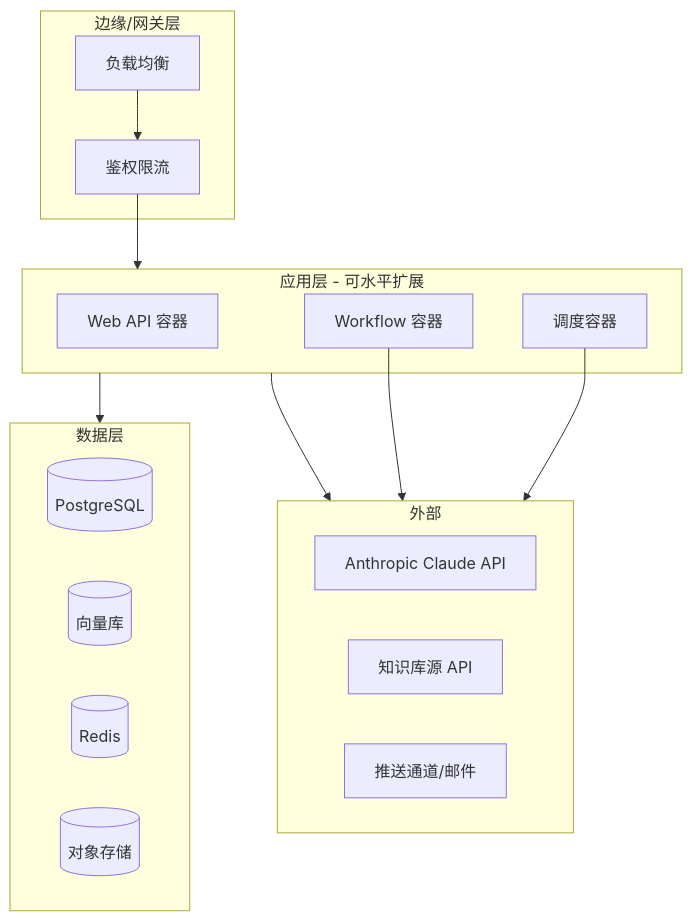
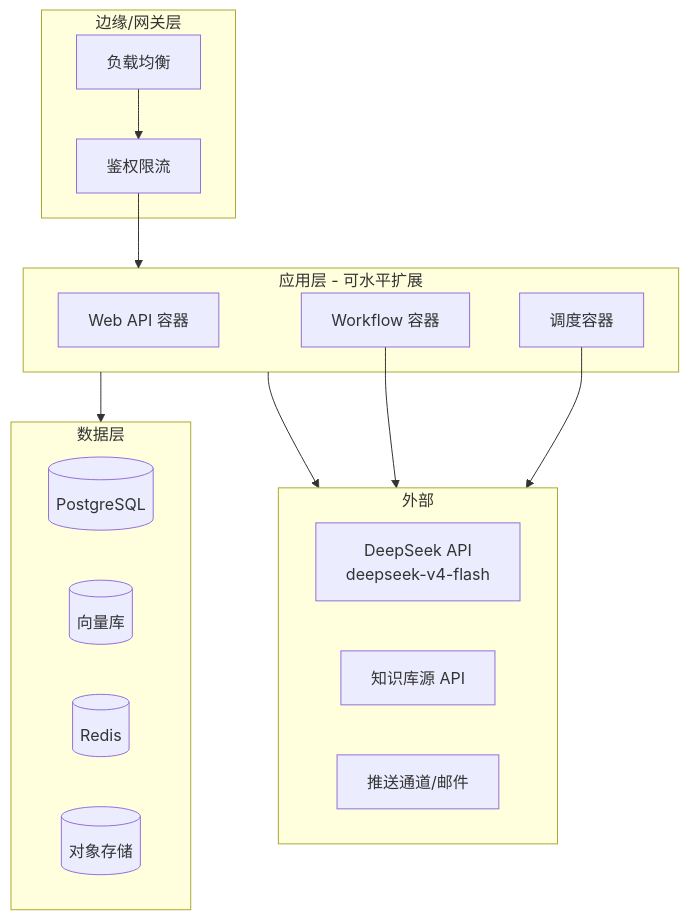
Before and after one commit to Curtainorange/knowledge-agent: the ninth of 9 diagrams in docs/系统设计文档.md, drawn with Mermaid. The commit also changed other lines of this file and 5 other files, not shown here.

First line of the commit message:
docs: 文档统一切换为国产 DeepSeek（deepseek-v4-flash + 每请求 reasoning 开关）

````diff
--- a/docs/系统设计文档.md
+++ b/docs/系统设计文档.md
@@ -1192,28 +1192,28 @@
 ```mermaid
 flowchart TB
     subgraph Edge[边缘/网关层]
         LB[负载均衡]
         Auth[鉴权限流]
     end
     subgraph App[应用层 - 可水平扩展]
         API[Web API 容器]
         Work[Workflow 容器]
         Sched[调度容器]
     end
     subgraph Data[数据层]
         PG[(PostgreSQL)]
         VDB[(向量库)]
         RD[(Redis)]
         OBJ[(对象存储)]
     end
     subgraph Ext[外部]
-        CLAUDE[Anthropic Claude API]
+        DS[DeepSeek API<br/>deepseek-v4-flash]
         KBSRC[知识库源 API]
         PUSH[推送通道/邮件]
     end
     LB --> Auth --> App
     App --> Data
     Work --> Ext
     Sched --> Ext
     App --> Ext
 ```
````
